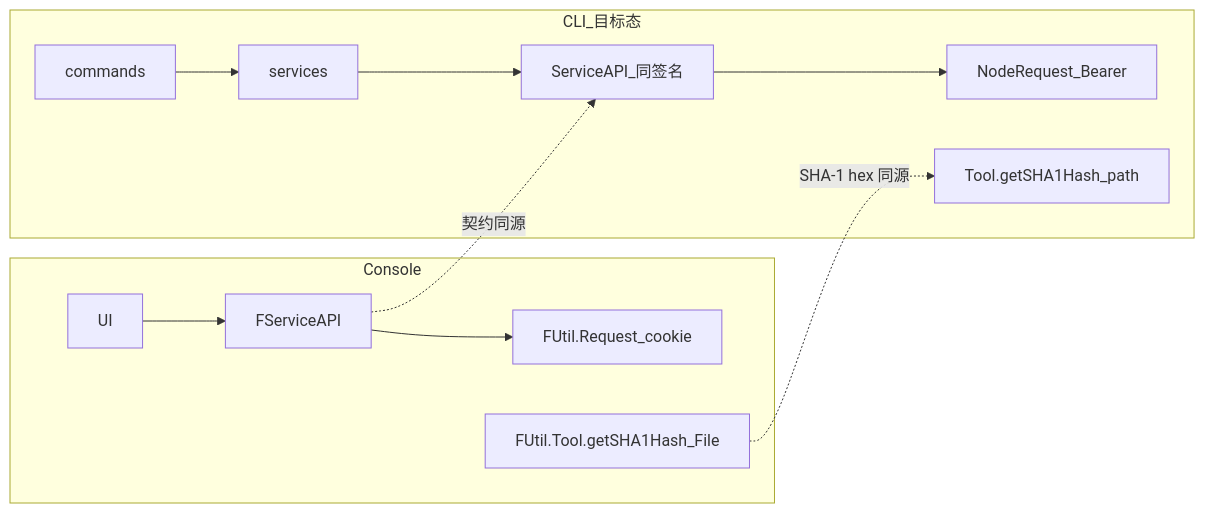
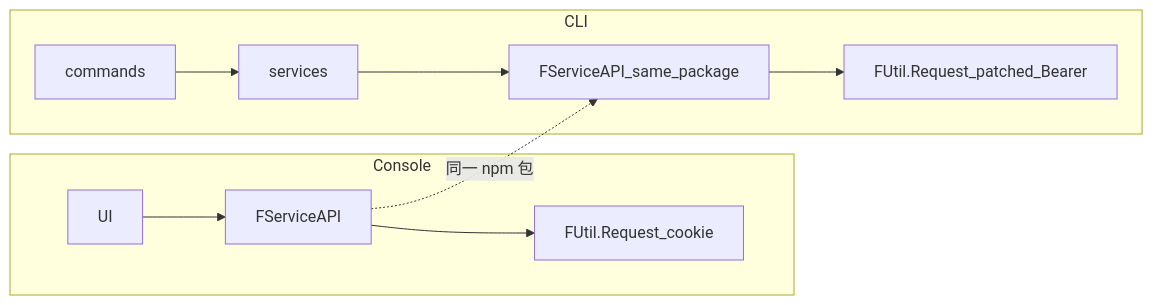
One commit to freelogfe/freelog-runtime-cli changed the diagram in docs/新方案/开发设计/10-技术选型.md. Above: the diagram before and after it, drawn with Mermaid. The commit also changed other lines of this file and 537 other files, not shown here.

````diff
--- a/docs/新方案/开发设计/10-技术选型.md
+++ b/docs/新方案/开发设计/10-技术选型.md
@@ -18,16 +18,13 @@
 ```mermaid
 flowchart LR
   subgraph console [Console]
     CUI[UI] --> FAPI[FServiceAPI]
     FAPI --> FReq[FUtil.Request_cookie]
-    Tool[FUtil.Tool.getSHA1Hash_File]
   end
-  subgraph cli [CLI_目标态]
+  subgraph cli [CLI]
     Cmd[commands] --> Svc[services]
-    Svc --> SAPI[ServiceAPI_同签名]
-    SAPI --> NReq[NodeRequest_Bearer]
-    Hash[Tool.getSHA1Hash_path]
+    Svc --> FAPI2[FServiceAPI_same_package]
+    FAPI2 --> NReq[FUtil.Request_patched_Bearer]
   end
-  FAPI -.->|"契约同源"| SAPI
-  Tool -.->|"SHA-1 hex 同源"| Hash
+  FAPI -.->|"同一 npm 包"| FAPI2
 ```
````
